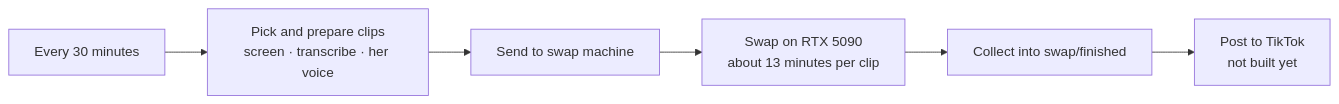
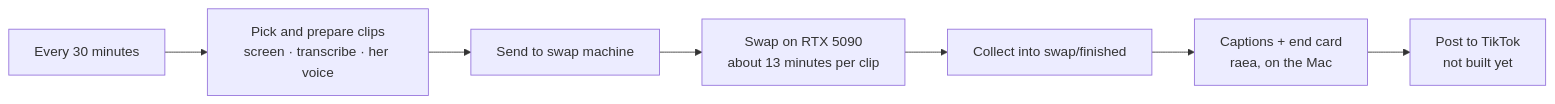
Before and after one commit to smammadov1994/n8n-video-pipelines: the second of 3 diagrams in README.md, drawn with Mermaid. The commit also changed other lines of this file and 5 other files, not shown here.

Commit message:
Swap pipeline: captions, product tag and end card with raea

````diff
--- a/README.md
+++ b/README.md
@@ -77,8 +77,9 @@
 ```mermaid
 flowchart LR
   A[Every 30 minutes] --> B[Pick and prepare clips<br/>screen · transcribe · her voice]
   B --> C[Send to swap machine]
   C --> D[Swap on RTX 5090<br/>about 13 minutes per clip]
   D --> E[Collect into swap/finished]
-  E --> F[Post to TikTok<br/>not built yet]
+  E --> G[Captions + end card<br/>raea, on the Mac]
+  G --> F[Post to TikTok<br/>not built yet]
 ```
````
